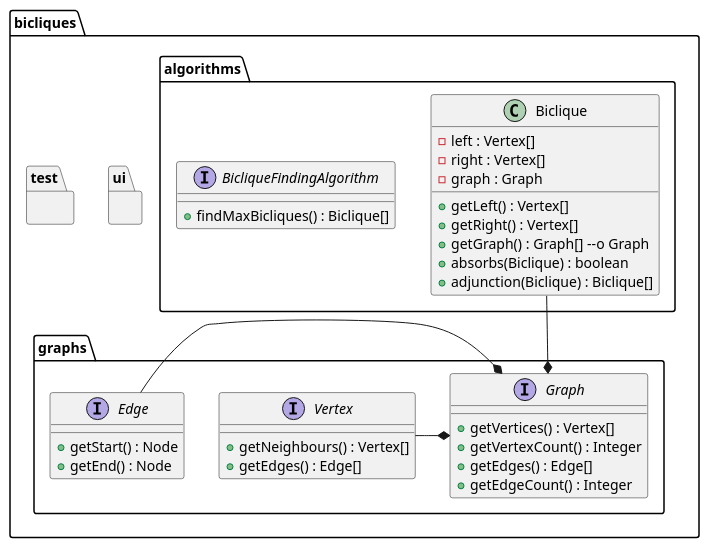
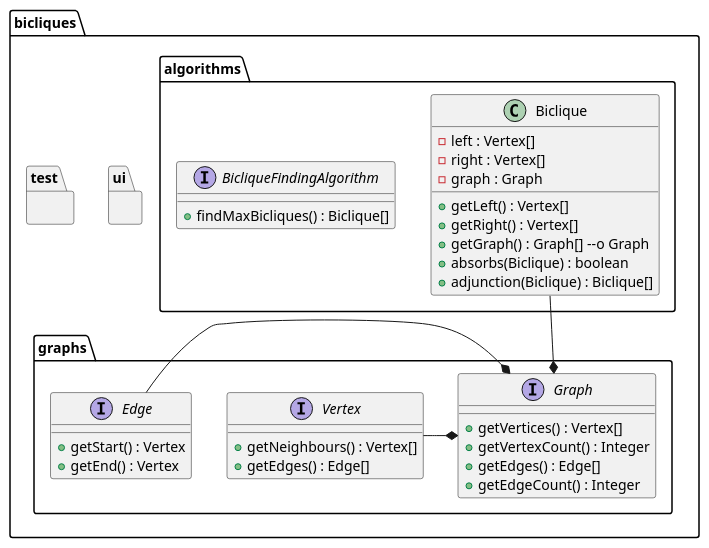
Before and after one commit to wirmius/max_bicliques: the diagram in class_diagram.puml, drawn with PlantUML.

Commit message:
node -> vertex (twice)

```diff
--- a/class_diagram.puml
+++ b/class_diagram.puml
@@ -17,75 +17,75 @@
 @startuml
 
 package bicliques {
 
 ' The graph section
 package bicliques.graphs {
 
   interface Graph {
     {method} + getVertices() : Vertex[]
     {method} + getVertexCount() : Integer
     {method} + getEdges() : Edge[]
     {method} + getEdgeCount() : Integer
   }
 
   interface Vertex {
     {method} + getNeighbours() : Vertex[]
     {method} + getEdges() : Edge[]
   }
   
   interface Edge {
-    {method} + getStart() : Node
-    {method} + getEnd() : Node
+    {method} + getStart() : Vertex
+    {method} + getEnd() : Vertex
   }
 
   Vertex -* Graph
   Edge -* Graph
   
 }
 
 
 ' The UI section
 package bicliques.ui {
 
 /'
 For the UI part I say we need to come up with something, that can read in
 the text files (I don't want to be copying and pasting stuff in the windows
 every time I use it). - MI.
 '/
 
 }
 
 ' The algorithms section
 package bicliques.algorithms {
 
   class Biclique {
     {field} - left : Vertex[]
     {field} - right : Vertex[]
     {field} - graph : Graph
     {method} + getLeft() : Vertex[]
     {method} + getRight() : Vertex[]
     {method} + getGraph() : Graph[] --o Graph
     {method} + absorbs(Biclique) : boolean
     {method} + adjunction(Biclique) : Biclique[]
   }
 
   Biclique --* Graph
 
   interface BicliqueFindingAlgorithm {
     {method} + findMaxBicliques() : Biclique[]
   }
 
 }
 
 package bicliques.test {
 
 /'
 The testing that we will need. I say we use junit 4 or 5
 to make it more streamlined. -MI
 '/
 
 }
 
 }
 
 @enduml
```
